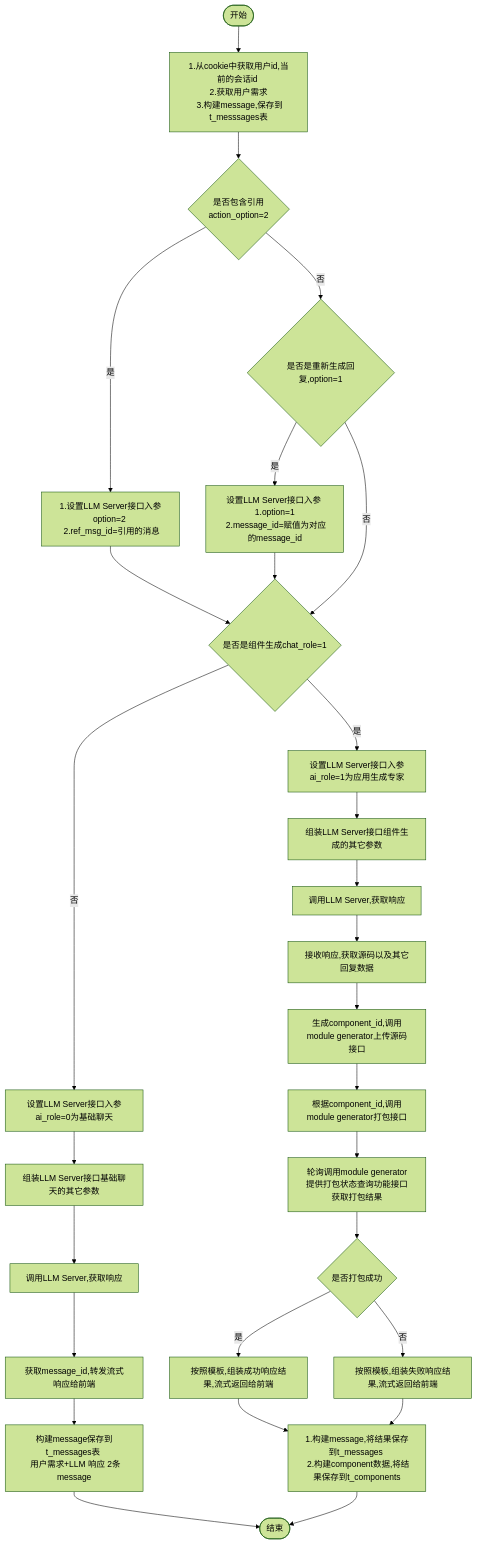
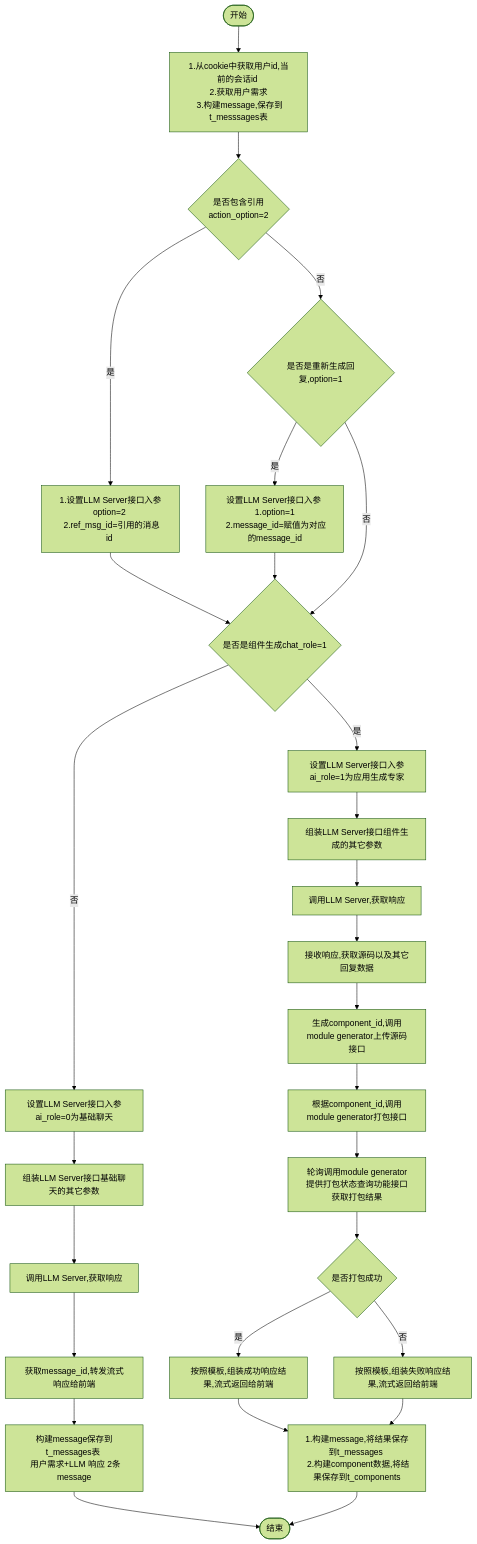
The diagram in all/w3-会话-不需要传递message.md (yingjianzh/iodraw-files), drawn with Mermaid (forest theme) before and after one commit.

Commit message:
2024-10-15 15:02:51 update

````diff
--- a/all/w3-会话-不需要传递message.md
+++ b/all/w3-会话-不需要传递message.md
@@ -1,34 +1,34 @@
 ```mermaid
 flowchart TD
     A([开始]) --> B[1.从cookie中获取用户id,当前的会话id \n 2.获取用户需求 \n 3.构建message,保存到t_messsages表]
     B--> D{是否包含引用 \n action_option=2}
-    D -- 是 --> E[1.设置LLM Server接口入参option=2 \n 2.ref_msg_id=引用的消息]
+    D -- 是 --> E[1.设置LLM Server接口入参option=2 \n 2.ref_msg_id=引用的消息id \n ]
     D -- 否 --> F{是否是重新生成回复,option=1}
     F -- 是 --> G[设置LLM Server接口入参 \n 1.option=1 \n 2.message_id=赋值为对应的message_id]
     F -- 否 --> I
      
     E & G --> I{是否是组件生成chat_role=1}
     I -- 否 --> K[设置LLM Server接口入参ai_role=0为基础聊天]
     I -- 是 --> J[设置LLM Server接口入参ai_role=1为应用生成专家]
     
 
     J --> L[组装LLM Server接口组件生成的其它参数]    
     K --> M[组装LLM Server接口基础聊天的其它参数]    
     M --> N[调用LLM Server,获取响应]    
     N --> O[获取message_id,转发流式响应给前端]
     O --> P[构建message保存到t_messages表 \n 用户需求+LLM 响应 2条message]
     P --> R([结束])
 
 
     L --> S[调用LLM Server,获取响应]
     S --> T[接收响应,获取源码以及其它回复数据]
     T --> U[生成component_id,调用module generator上传源码接口]
     U --> V[根据component_id,调用module generator打包接口]
     V --> W[轮询调用module generator提供打包状态查询功能接口获取打包结果]
     W --> X{是否打包成功}
     X -- 是 --> Y[按照模板,组装成功响应结果,流式返回给前端]
     X -- 否 --> Z[按照模板,组装失败响应结果,流式返回给前端]
 
     Y & Z --> Result[1.构建message,将结果保存到t_messages \n 2.构建component数据,将结果保存到t_components]
     Result --> R
 ```
````
